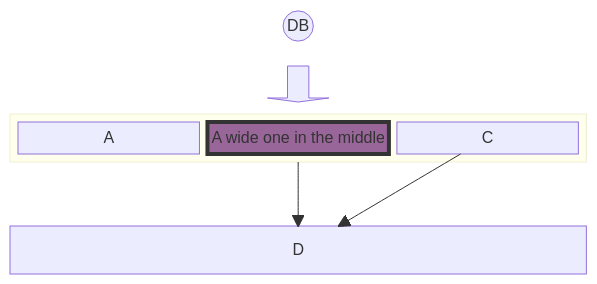
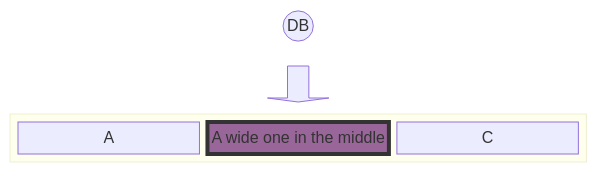
Before and after one commit to hobby-pc2026/linux-install: the diagram in linux-install-02.md, drawn with Mermaid.

````diff
--- a/linux-install-02.md
+++ b/linux-install-02.md
@@ -3,16 +3,13 @@
 ```mermaid
 block
 columns 1
   db(("DB"))
   blockArrowId6<["&nbsp;&nbsp;&nbsp;"]>(down)
   block:ID
     A
     B["A wide one in the middle"]
     C
   end
-  space
-  D
-  ID --> D
-  C --> D
+
   style B fill:#969,stroke:#333,stroke-width:4px
 ```
````
